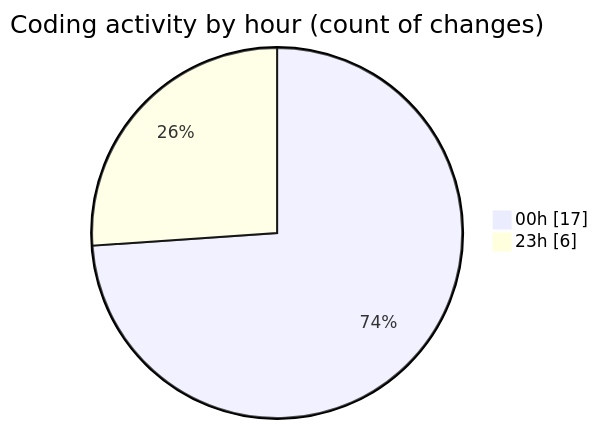
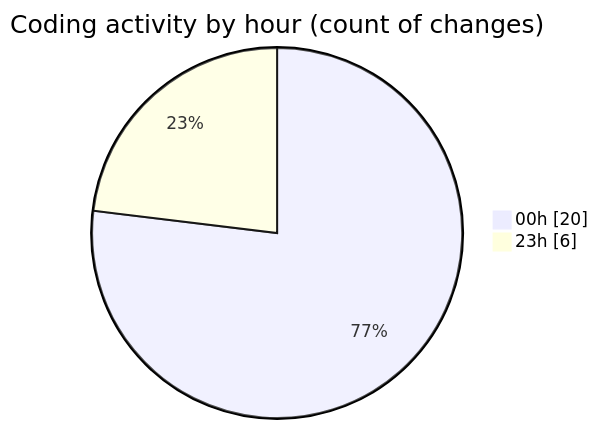
One commit to MatusMokan/code-tracking changed the second of 2 diagrams in 2025-02-26/myws__workspace_/README.md. Above: the diagram before and after it, drawn with Mermaid. The commit also changed other lines of this file and 1 other file, not shown here.

````diff
--- a/2025-02-26/myws__workspace_/README.md
+++ b/2025-02-26/myws__workspace_/README.md
@@ -28,6 +28,6 @@
 ```mermaid
 pie showData
 title Coding activity by hour (count of changes)
-"00h" : 17
+"00h" : 20
 "23h" : 6
 ```
````
